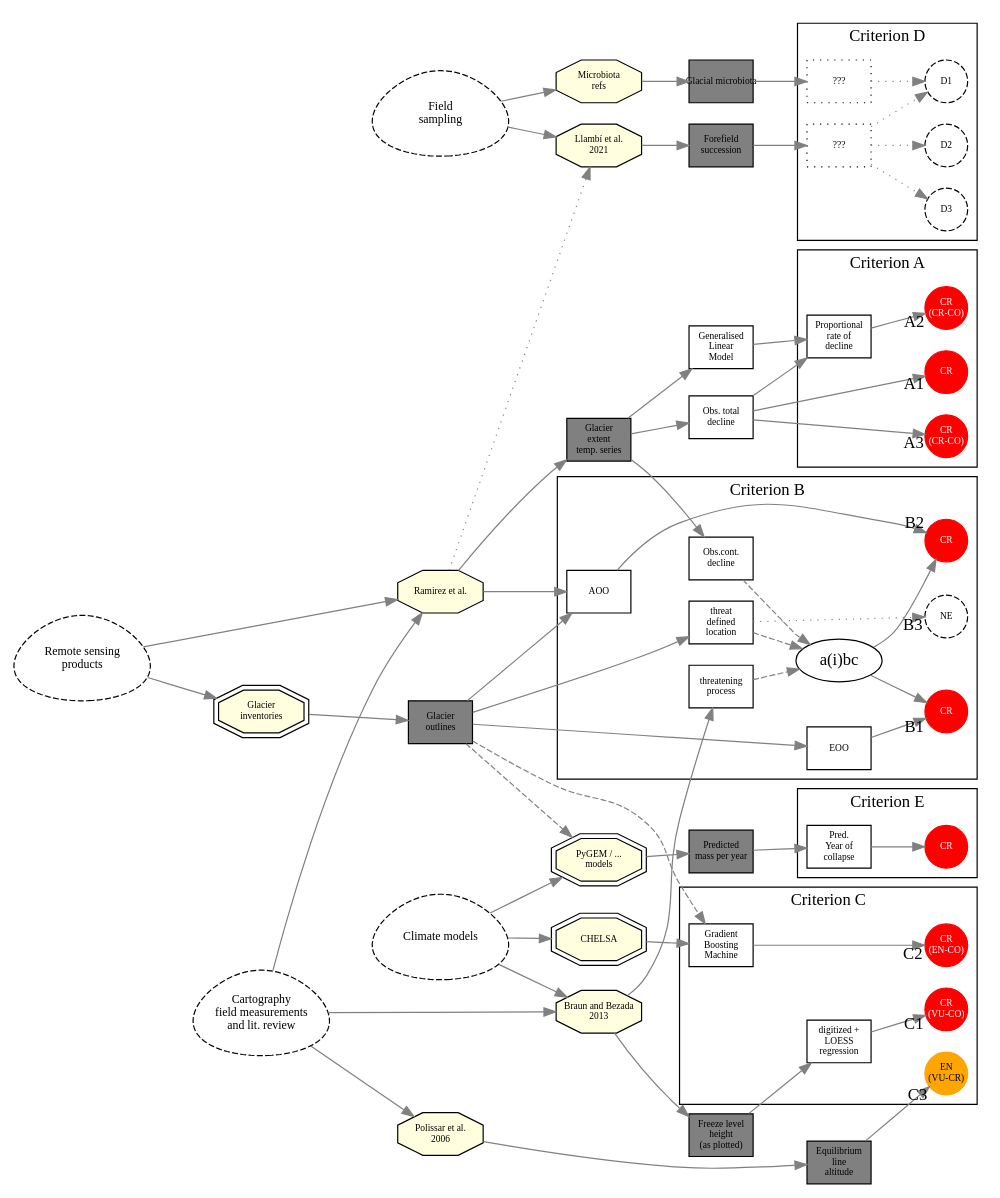
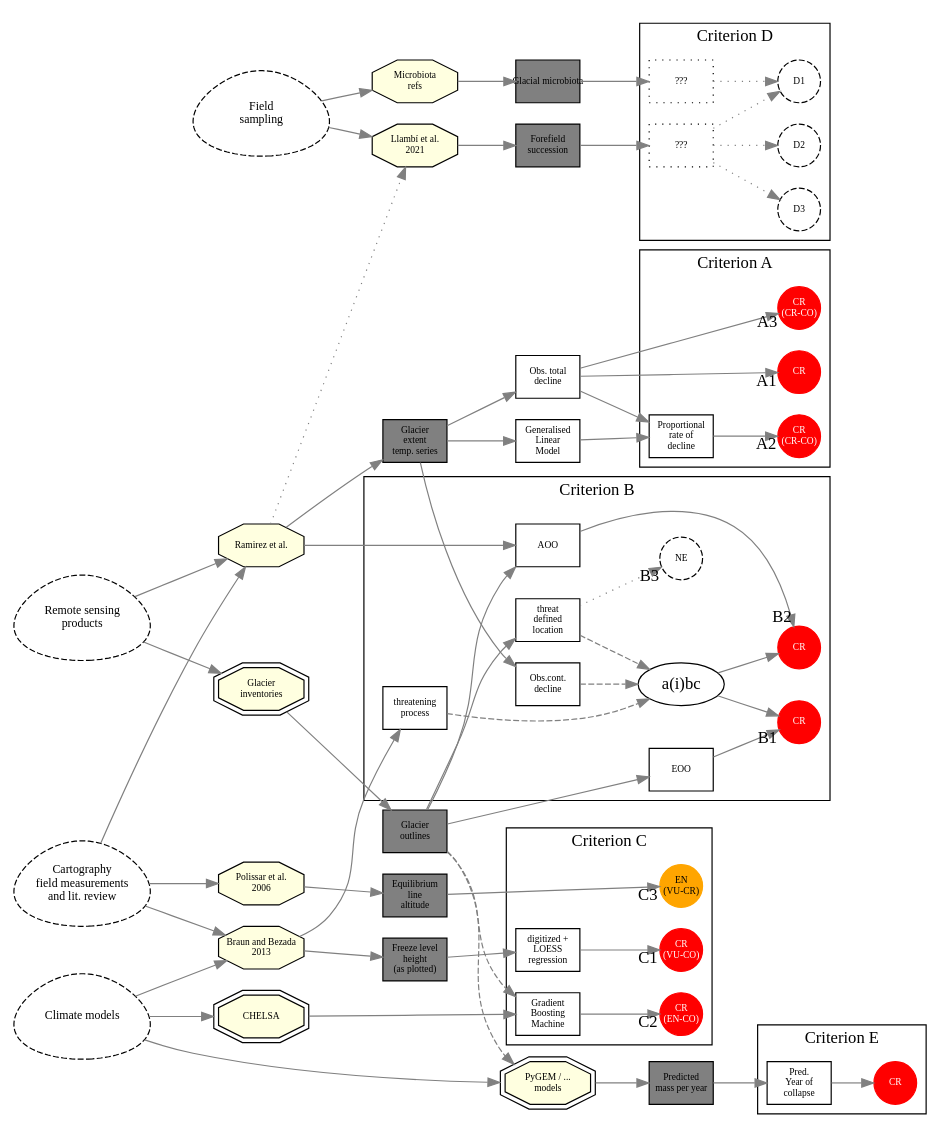
Before and after one commit to red-list-ecosystem/T6.1-SA-01-VE-01-Cordillera-Merida: the diagram in assets/Data-sources-Venezuela.gv, drawn with Graphviz. The commit also changed 10 other files, not shown here.

```diff
--- a/assets/Data-sources-Venezuela.gv
+++ b/assets/Data-sources-Venezuela.gv
@@ -1,130 +1,130 @@
 digraph G {
     compound=true; #nodesep=1.0;
     newrank=true;
     rankdir=LR;
     #layout=twopi;
   edge [color="grey"]
     { node [ shape=octagon fontsize=8 fixedsize=true fillcolor=lightyellow style=filled width=1]
         PUB1 [label="Ramirez et al.\n"]
         PUB3 [label="Braun and Bezada\n2013"]
         PUB4 [label="Polissar et al.\n 2006"]
         PUB7 [label="Llambí et al.\n2021"]
         PUB8 [label="Microbiota\nrefs"]
     }
     { node [ shape=doubleoctagon fontsize=8 fixedsize=true fillcolor=lightyellow style=filled width=1]
         PUB2 [label="Glacier\ninventories"]
         PUB5 [label="PyGEM / ...\nmodels" ]
         PUB6 [label="CHELSA"]
         
     }
      { node [ shape=circle fontsize=8 fixedsize=true style=filled]
       A1 [label="CR" color=red fontcolor="white"]
       A2 [label="CR\n(CR-CO)" color=red fontcolor="white"]
       A3 [label="CR\n(CR-CO)" color=red fontcolor="white"]
       B1 [label="CR" color=red fontcolor="white"]
       B2 [label="CR" color=red fontcolor="white"]
       B3 [label="NE" style="dashed"]
       C1 [label="CR\n(VU-CO)" color="red" fontcolor="white"]
       C2 [label="CR\n(EN-CO)" color="red" fontcolor="white"]
       C3 [label="EN\n(VU-CR)" color="orange"]
       D1 [style="dashed"]
       D2 [style="dashed"]
       D3 [style="dashed"]
       E [label="CR" color=red fontcolor="white"]
     }
     {node [ shape=box fontsize=8 fixedsize=true fillcolor=grey style=filled]
       data [label="Glacier\nextent\ntemp. series"]
        pols [label="Glacier\noutlines"]
         ELA [label="Equilibrium\nline\naltitude"]
     FLH [label="Freeze level\nheight\n(as plotted)"]
     mass [label="Predicted\nmass per year"]
     FORE [label="Forefield\nsuccession"]
     MICRO [label="Glacial microbiota"]
     }
     {node [ shape=box fontsize=8 fixedsize=true]
      model [label="Generalised\nLinear\nModel"]
      decline[label="Obs.cont.\ndecline"]
      OTD[label="Obs. total\ndecline"]
      PRD[label="Proportional\nrate of\ndecline"]
       threat[label="threatening\nprocess"]
       locs[label="threat\ndefined\nlocation"]
       loess [label="digitized +\nLOESS\nregression"]
       yoc [label="Pred.\nYear of\ncollapse"]
       GBM [label="Gradient\nBoosting\nMachine"]
      AOO
      EOO
      FOREQ1 [label="???" style=dotted]
     MICROQ2 [label="???" style=dotted]
     }
     {node [ shape=egg fontsize=10 fixedsize=true style=dashed width=1.5 height=1]
     GCM [label="Climate models"]
     GIS [label="Cartography\nfield measurements\nand lit. review"]
     RS [label="Remote sensing\nproducts"]
     FIELD [label="Field\nsampling"]
     }
     PUB1 -> data
     
     data -> OTD -> PRD
     data -> model -> PRD
     data -> decline
     OTD -> A1 [headlabel="A1"]
       OTD -> A3 [headlabel="A3"]
     subgraph cluster_critA {
       label="Criterion A"
       
       {rank="same"; A1 A2 A3}
       PRD -> A2 [headlabel="A2"]
       A1 -> A2 -> A3 [style=invis; rank="same"]
     }
     PUB2 -> pols -> locs
     PUB3 -> threat
     {pols;PUB1} -> AOO 
     pols -> EOO 
     subgraph cluster_critB {
       label="Criterion B"
       subgraph cluster_litts {
         label=""; pencolor=invis
         locs -> litts [style=dashed]
         decline -> litts [style=dashed]
         threat -> litts [style=dashed]
         litts [label="a(i)bc"]
       }
       litts -> {B1;B2}
       AOO -> B2 [headlabel="B2"]
       EOO -> B1 [headlabel="B1"]
       locs -> B3 [headlabel="B3" style=dotted]
     }
     PUB3 -> FLH -> loess
     PUB4 -> ELA
     ELA -> C3 [headlabel="C3"]
     PUB6 -> GBM
     pols -> GBM [style=dashed]
     subgraph cluster_critC {
       label="Criterion C"
       loess -> C1 [headlabel="C1"]
       GBM -> C2 [headlabel="C2"]
       {rank="same"; C1 C2 C3}
       
     }
     PUB7 -> FORE
     PUB8 -> MICRO
     FORE -> FOREQ1
     MICRO -> MICROQ2
     subgraph cluster_critD {
       label="Criterion D"
       MICROQ2 -> {D1} [style=dotted]
       FOREQ1 -> {D1;D2;D3} [style=dotted]
     }
     PUB5 -> mass -> yoc
      pols -> PUB5 [style=dashed]
     subgraph cluster_critE {
       label="Criterion E" pos="bottom"
       yoc -> E
     }
     GCM -> {PUB6;PUB3;PUB5}
     RS -> {PUB1;PUB2}
     GIS -> {PUB1;PUB3;PUB4}
     FIELD -> {PUB7;PUB8}
     PUB1 -> PUB7 [style=dotted]
-  {rank="same"; A1 A2 A3 B1 B2 B3 D1 D2 D3 C1 C2 C3 E}
+  // {rank="same"; A1 A2 A3 B1 B2 B3 D1 D2 D3 C1 C2 C3 E}
 }
```
